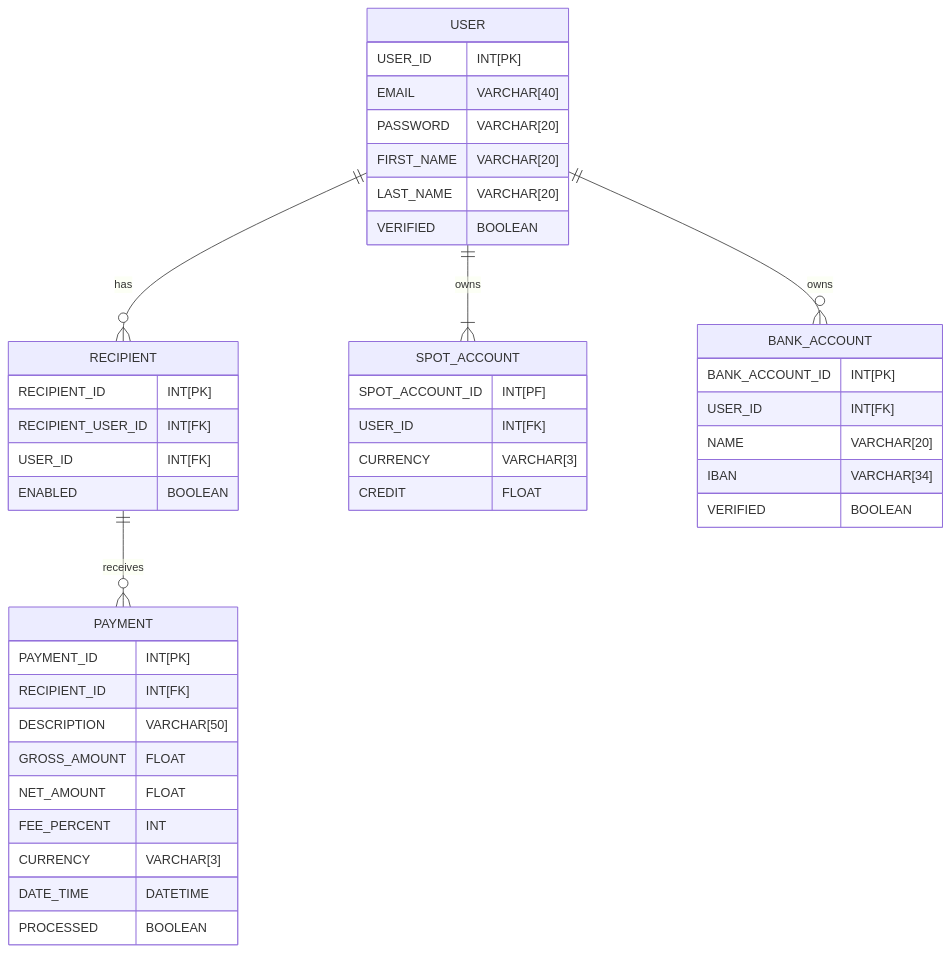
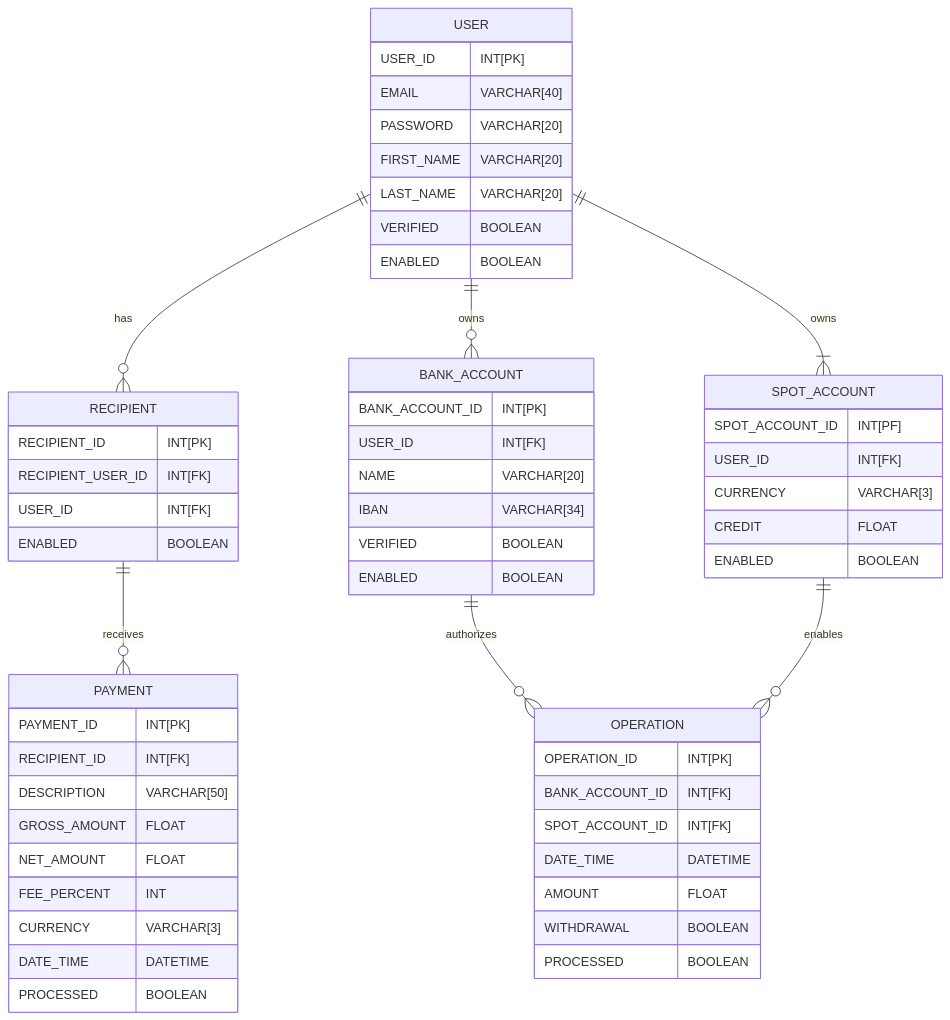
Before and after one commit to mactepluke/pmb: the second of 2 diagrams in README.md, drawn with Mermaid. The commit also changed 27 other files, not shown here.

````diff
--- a/README.md
+++ b/README.md
@@ -51,48 +51,63 @@
 ```mermaid
 erDiagram
     USER ||--o{ RECIPIENT : "has"
     USER ||--|{ SPOT_ACCOUNT : owns
     RECIPIENT ||--o{ PAYMENT : receives
     USER ||--o{ BANK_ACCOUNT : owns
+    BANK_ACCOUNT ||--o{ OPERATION : authorizes
+    SPOT_ACCOUNT ||--o{ OPERATION : enables
 
     USER {
         USER_ID INT[PK]
         EMAIL VARCHAR[40]
         PASSWORD VARCHAR[20]
         FIRST_NAME VARCHAR[20]
         LAST_NAME VARCHAR[20]
         VERIFIED BOOLEAN
+        ENABLED BOOLEAN
 }
 SPOT_ACCOUNT {
     SPOT_ACCOUNT_ID INT[PF]
     USER_ID INT[FK]
     CURRENCY VARCHAR[3]
     CREDIT FLOAT
+    ENABLED BOOLEAN
 }
 RECIPIENT  {
     RECIPIENT_ID INT[PK]
     RECIPIENT_USER_ID INT[FK]
     USER_ID INT[FK]
     ENABLED BOOLEAN
 }
 
 BANK_ACCOUNT    {
     BANK_ACCOUNT_ID INT[PK]
     USER_ID INT[FK]
     NAME VARCHAR[20]
     IBAN VARCHAR[34]
     VERIFIED BOOLEAN
+    ENABLED BOOLEAN
 }
 
 PAYMENT {
     PAYMENT_ID INT[PK]
     RECIPIENT_ID INT[FK]
     DESCRIPTION VARCHAR[50]
     GROSS_AMOUNT FLOAT
     NET_AMOUNT FLOAT
     FEE_PERCENT INT
     CURRENCY VARCHAR[3]
     DATE_TIME DATETIME
     PROCESSED BOOLEAN
 }
+
+OPERATION   {
+    OPERATION_ID INT[PK]
+    BANK_ACCOUNT_ID INT[FK]
+    SPOT_ACCOUNT_ID INT[FK]
+    DATE_TIME DATETIME
+    AMOUNT FLOAT
+    WITHDRAWAL BOOLEAN
+    PROCESSED BOOLEAN
+}
 ```
````
